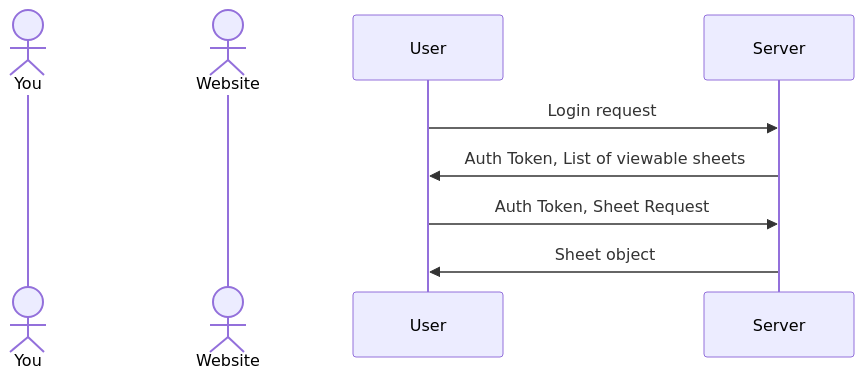
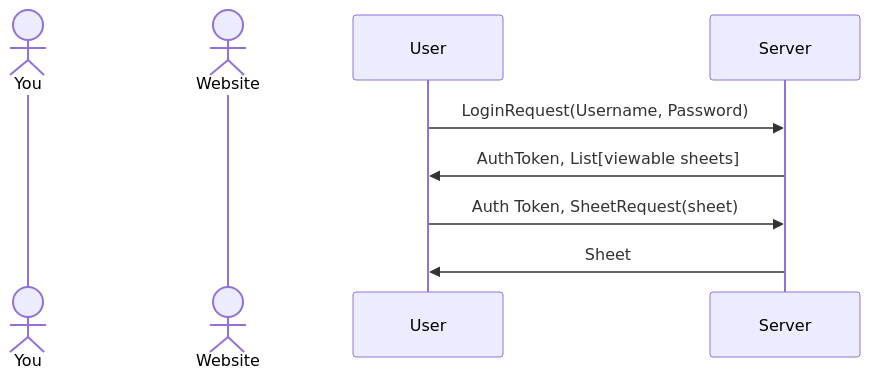
One commit to davidsdarley/CS260Startup changed the diagram in README.md. Above: the diagram before and after it, drawn with Mermaid. The commit also changed other lines of this file, not shown here.

````diff
--- a/README.md
+++ b/README.md
@@ -44,9 +43,9 @@
 ```mermaid
 sequenceDiagram
     actor You
     actor Website
-    User->>Server: Login request;
-    Server->>User: Auth Token, List of viewable sheets;
-    User->>Server: Auth Token, Sheet Request;
-    Server->>User: Sheet object
+    User->>Server: LoginRequest(Username, Password);
+    Server->>User: AuthToken, List[viewable sheets];
+    User->>Server: Auth Token, SheetRequest(sheet);
+    Server->>User: Sheet
 ```
````
